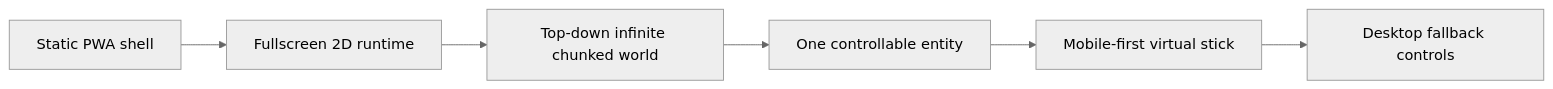
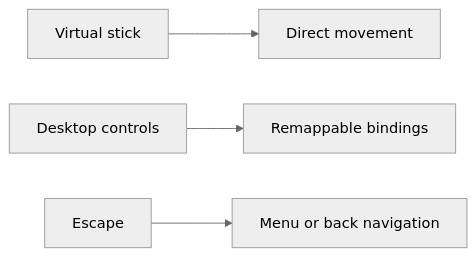
One commit to AlexAgo83/emberwake changed the eighth of 14 diagrams in README.md. Above: the diagram before and after it, drawn with Mermaid (neutral theme). The commit also changed other lines of this file and 23 other files, not shown here.

````diff
--- a/README.md
+++ b/README.md
@@ -48,8 +182,6 @@
 ```mermaid
 flowchart LR
-    A[Static PWA shell] --> B[Fullscreen 2D runtime]
-    B --> C[Top-down infinite chunked world]
-    C --> D[One controllable entity]
-    D --> E[Mobile-first virtual stick]
-    E --> F[Desktop fallback controls]
+    Mobile[Virtual stick] --> Move[Direct movement]
+    Desktop[Desktop controls] --> Rebind[Remappable bindings]
+    Escape[Escape] --> ShellNav[Menu or back navigation]
 ```
````
